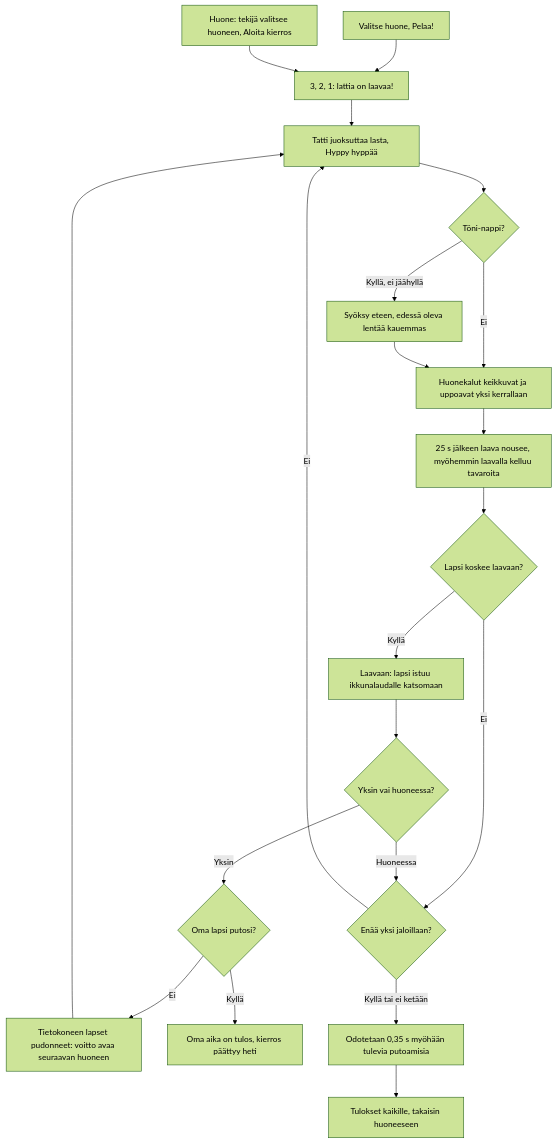
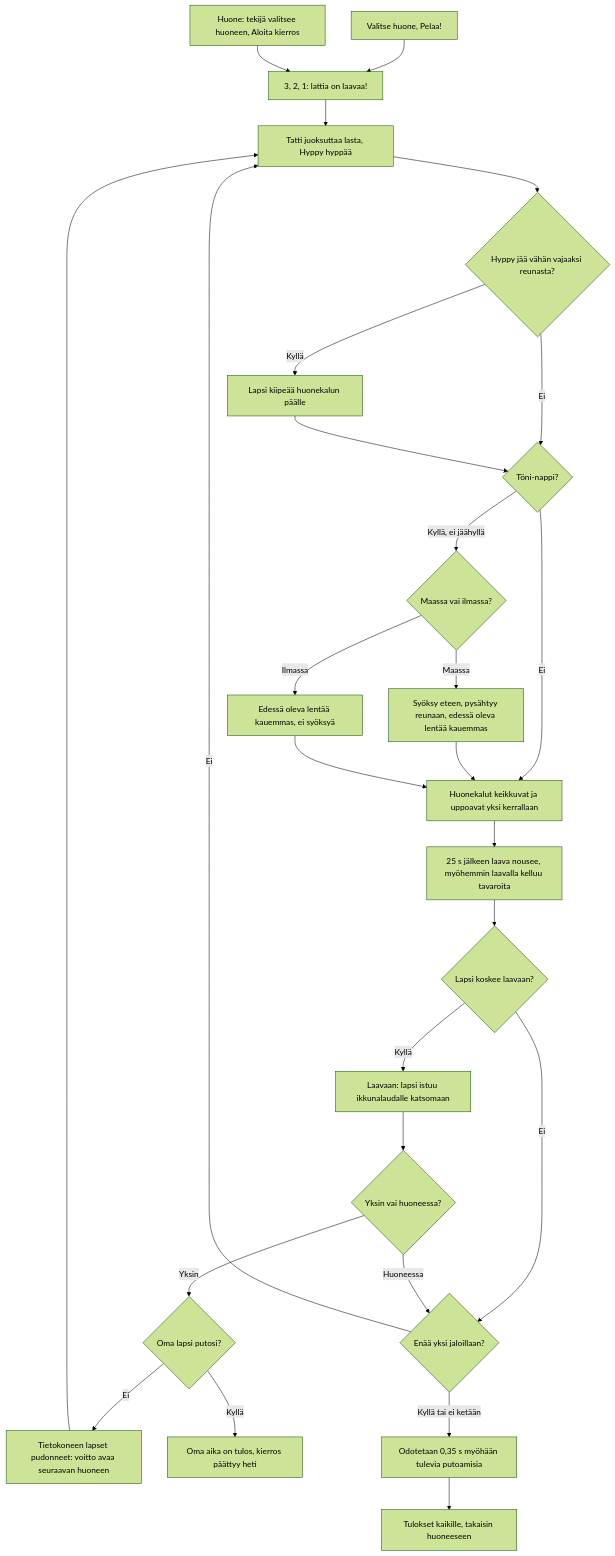
Before and after one commit to eerovil/ai-pelit: the diagram in docs/diagrams/lattia-on-laavaa.md, drawn with Mermaid (forest theme). The commit also changed other lines of this file, not shown here.

Commit message:
Lattia on laavaa diagram: the ledge climb and the shove on the ground or in the air (review)

````diff
--- a/docs/diagrams/lattia-on-laavaa.md
+++ b/docs/diagrams/lattia-on-laavaa.md
@@ -9,29 +9,35 @@
 ```mermaid
 flowchart TD
   A[Valitse huone, Pelaa!] --> B[3, 2, 1: lattia on laavaa!]
   R[Huone: tekijä valitsee huoneen, Aloita kierros] --> B
   B --> C[Tatti juoksuttaa lasta, Hyppy hyppää]
-  C --> D{Töni-nappi?}
-  D -- Kyllä, ei jäähyllä --> E[Syöksy eteen, edessä oleva lentää kauemmas]
+  C --> V{Hyppy jää vähän vajaaksi reunasta?}
+  V -- Kyllä --> W[Lapsi kiipeää huonekalun päälle]
+  V -- Ei --> D
+  W --> D{Töni-nappi?}
+  D -- Kyllä, ei jäähyllä --> X{Maassa vai ilmassa?}
+  X -- Maassa --> E[Syöksy eteen, pysähtyy reunaan, edessä oleva lentää kauemmas]
+  X -- Ilmassa --> Y[Edessä oleva lentää kauemmas, ei syöksyä]
   D -- Ei --> F
   E --> F[Huonekalut keikkuvat ja uppoavat yksi kerrallaan]
+  Y --> F
   F --> G[25 s jälkeen laava nousee, myöhemmin laavalla kelluu tavaroita]
   G --> H{Lapsi koskee laavaan?}
   H -- Ei --> K
   H -- Kyllä --> I[Laavaan: lapsi istuu ikkunalaudalle katsomaan]
   I --> M{Yksin vai huoneessa?}
   M -- Yksin --> S{Oma lapsi putosi?}
   S -- Ei --> N[Tietokoneen lapset pudonneet: voitto avaa seuraavan huoneen]
   N --> C
   S -- Kyllä --> O[Oma aika on tulos, kierros päättyy heti]
   M -- Huoneessa --> K{Enää yksi jaloillaan?}
   K -- Ei --> C
   K -- Kyllä tai ei ketään --> L[Odotetaan 0,35 s myöhään tulevia putoamisia]
   L --> Q[Tulokset kaikille, takaisin huoneeseen]
-  class A,B,C blue
-  class D,H,K,M,S amber
-  class E teal
+  class A,B,C,W blue
+  class D,H,K,M,S,V,X amber
+  class E,Y teal
   class F,G,I rose
   class R,Q,L violet
   class N,O green
 ```
````
